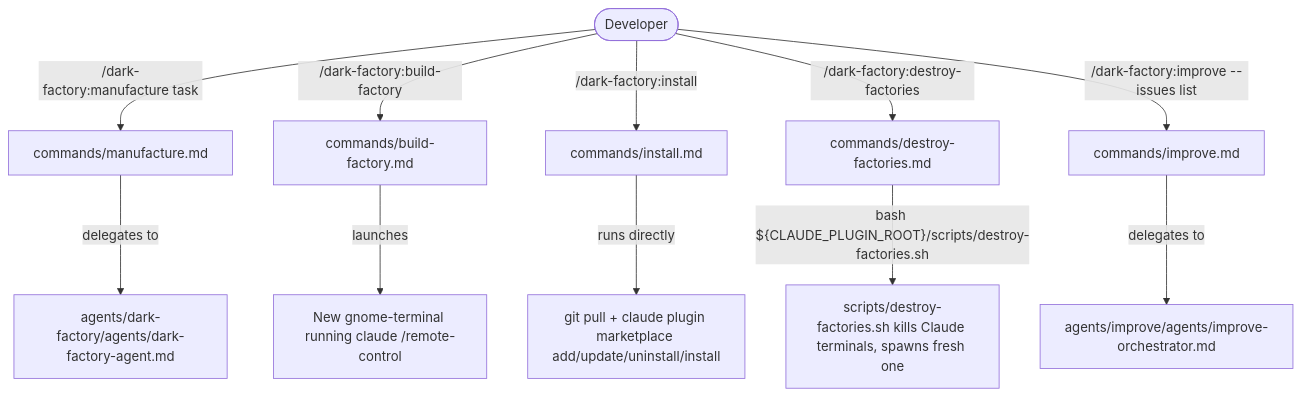
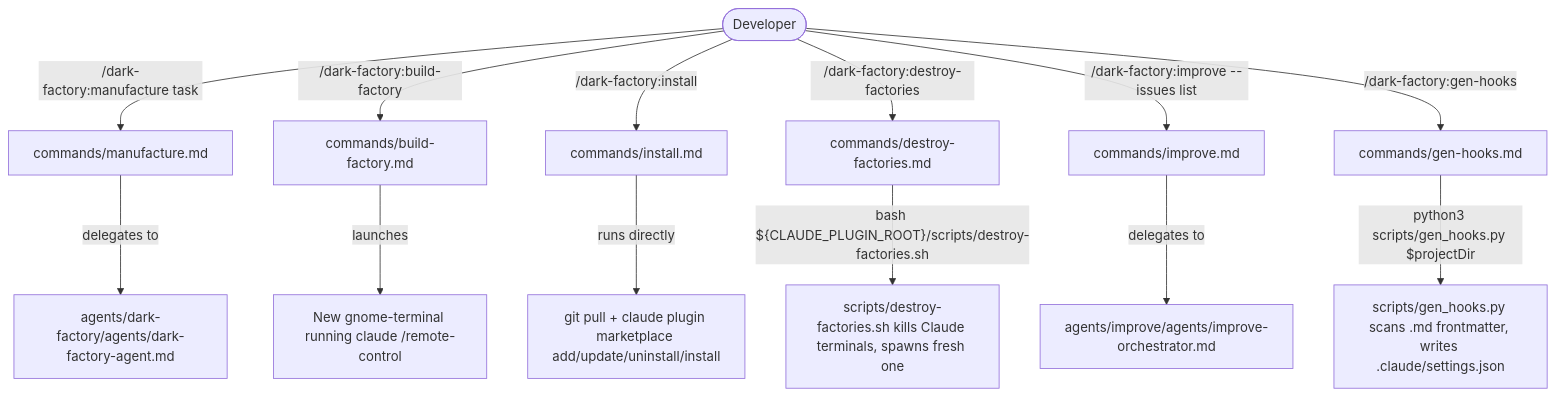
The diagram in docs/docs/commands.md (lewibs/dark-factory), drawn with Mermaid before and after one commit. The commit also changed other lines of this file and 6 other files, not shown here.

Commit message:
feat(gen-hooks): add YAML frontmatter hook declarations with additive settings.json merge

````diff
--- a/docs/docs/commands.md
+++ b/docs/docs/commands.md
@@ -18,14 +18,16 @@
 ```mermaid
 flowchart TD
   Dev([Developer]) -->|/dark-factory:manufacture task| CMD_M[commands/manufacture.md]
   Dev -->|/dark-factory:build-factory| CMD_S[commands/build-factory.md]
   Dev -->|/dark-factory:install| CMD_I[commands/install.md]
   Dev -->|/dark-factory:destroy-factories| CMD_D[commands/destroy-factories.md]
   Dev -->|/dark-factory:improve --issues list| CMD_IMP[commands/improve.md]
+  Dev -->|/dark-factory:gen-hooks| CMD_GH[commands/gen-hooks.md]
 
   CMD_M -->|delegates to| DFA[agents/dark-factory/agents/dark-factory-agent.md]
   CMD_S -->|launches| TERM[New gnome-terminal running claude /remote-control]
   CMD_I -->|runs directly| GIT[git pull + claude plugin marketplace add/update/uninstall/install]
   CMD_D -->|"bash ${CLAUDE_PLUGIN_ROOT}/scripts/destroy-factories.sh"| DS[scripts/destroy-factories.sh kills Claude terminals, spawns fresh one]
   CMD_IMP -->|delegates to| ORCH[agents/improve/agents/improve-orchestrator.md]
+  CMD_GH -->|"python3 scripts/gen_hooks.py $projectDir"| GHS[scripts/gen_hooks.py scans .md frontmatter, writes .claude/settings.json]
 ```
````
